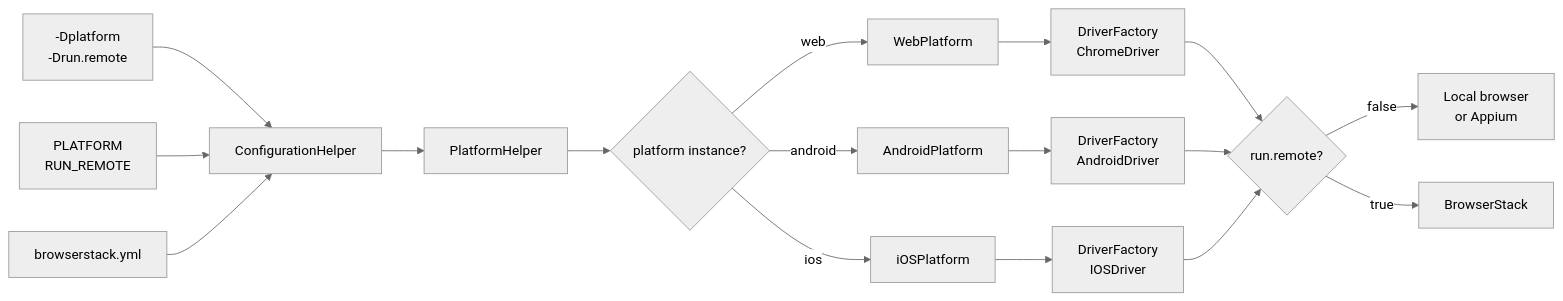
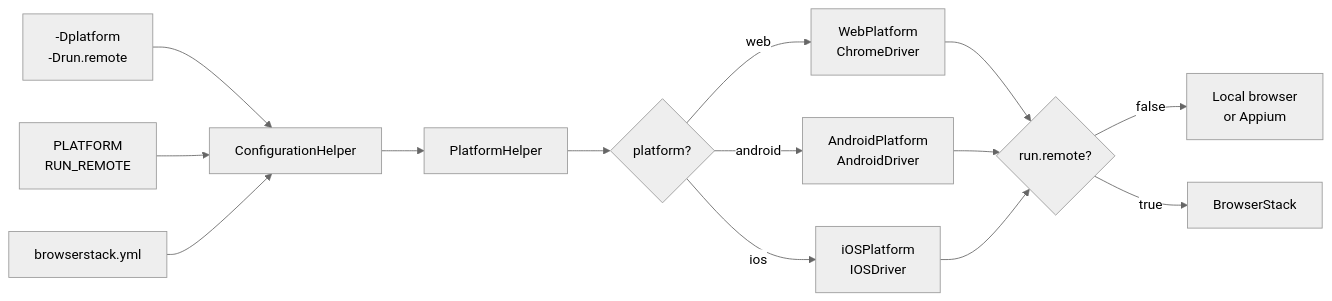
Before and after one commit to Vijay-Durairaj/SeleniumFramework: the third of 3 diagrams in README.md, drawn with Mermaid (neutral theme). The commit also changed other lines of this file and 1 other file, not shown here.

````diff
--- a/README.md
+++ b/README.md
@@ -330,23 +344,19 @@
 ```mermaid
 flowchart LR
     JVM["-Dplatform\n-Drun.remote"] --> CH["ConfigurationHelper"]
     ENV["PLATFORM\nRUN_REMOTE"] --> CH
     YML["browserstack.yml"] --> CH
 
     CH --> PH["PlatformHelper"]
-    PH --> PI{"platform instance?"}
+    PH --> PI{"platform?"}
 
-    PI -->|web| WP["WebPlatform"]
-    PI -->|android| AP["AndroidPlatform"]
-    PI -->|ios| IP["iOSPlatform"]
+    PI -->|web| WP["WebPlatform\nChromeDriver"]
+    PI -->|android| AP["AndroidPlatform\nAndroidDriver"]
+    PI -->|ios| IP["iOSPlatform\nIOSDriver"]
 
-    WP --> DFW["DriverFactory\nChromeDriver"]
-    AP --> DFA["DriverFactory\nAndroidDriver"]
-    IP --> DFI["DriverFactory\nIOSDriver"]
-
-    DFW --> RT{"run.remote?"}
-    DFA --> RT
-    DFI --> RT
+    WP --> RT{"run.remote?"}
+    AP --> RT
+    IP --> RT
     RT -->|false| LOC["Local browser\nor Appium"]
     RT -->|true| BS["BrowserStack"]
 ```
````
